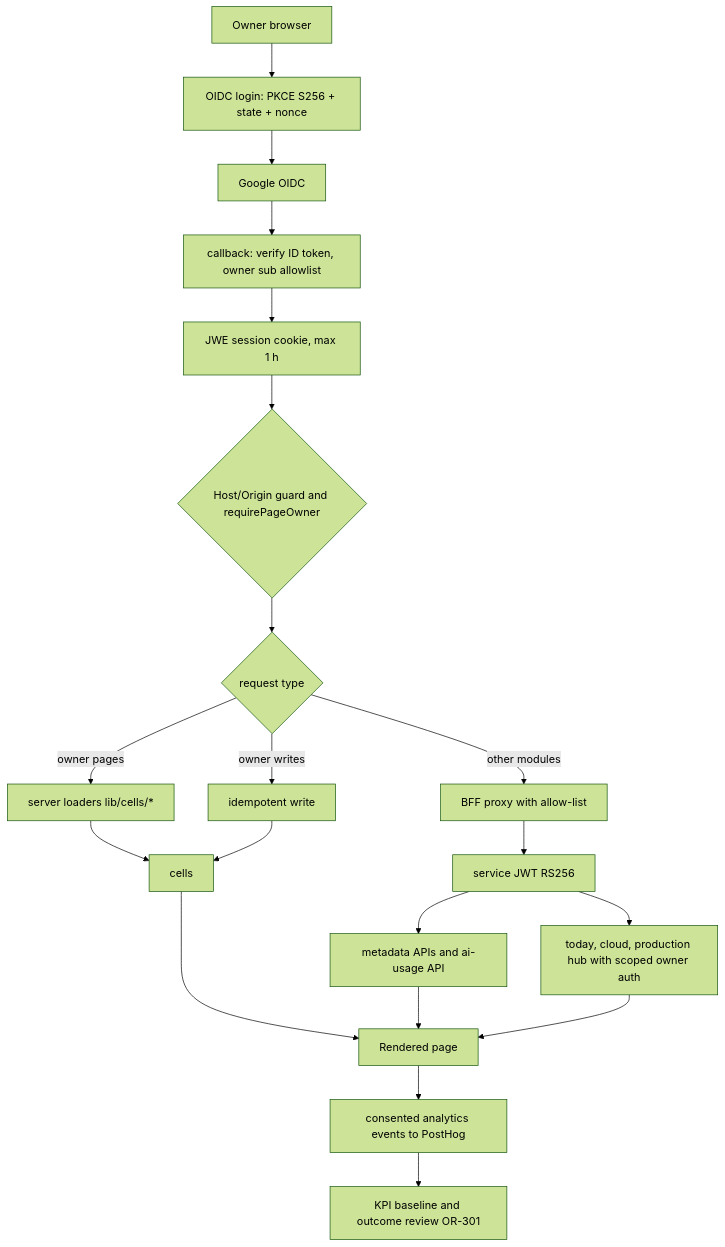
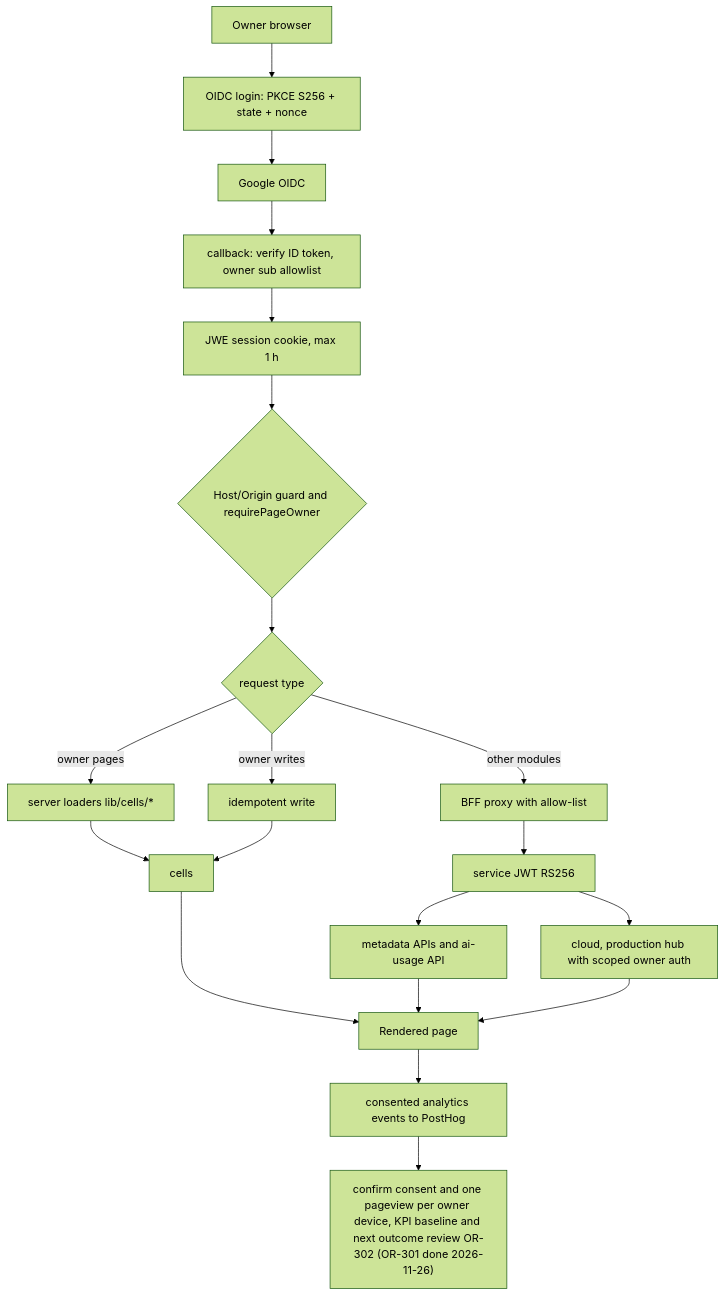
The second of 2 diagrams in docs/diagrams/01-business-process.md (bookchaowalit/life-dashboard-web), drawn with Mermaid (forest theme) before and after one commit. The commit also changed other lines of this file, not shown here.

Commit message:
docs: correct As-Is/To-Be facts from review (01-business-process)

````diff
--- a/docs/diagrams/01-business-process.md
+++ b/docs/diagrams/01-business-process.md
@@ -38,22 +39,22 @@
 ```mermaid
 flowchart TD
   OWNER["Owner browser"] --> LOGIN["OIDC login: PKCE S256 + state + nonce"]
   LOGIN --> IDP["Google OIDC"]
   IDP --> CB["callback: verify ID token, owner sub allowlist"]
   CB --> SESSION["JWE session cookie, max 1 h"]
   SESSION --> GUARD{"Host/Origin guard and requirePageOwner"}
   GUARD --> ROUTE{"request type"}
   ROUTE -->|"owner pages"| LOADERS["server loaders lib/cells/*"]
   ROUTE -->|"other modules"| PROXY["BFF proxy with allow-list"]
   ROUTE -->|"owner writes"| WRITE["idempotent write"]
   LOADERS --> CELLS["cells"]
   WRITE --> CELLS
   PROXY --> SVCJWT["service JWT RS256"]
   SVCJWT --> META["metadata APIs and ai-usage API"]
-  SVCJWT --> SCOPED["today, cloud, production hub with scoped owner auth"]
+  SVCJWT --> SCOPED["cloud, production hub with scoped owner auth"]
   CELLS --> PAGE["Rendered page"]
   META --> PAGE
   SCOPED --> PAGE
   PAGE --> EVENTS["consented analytics events to PostHog"]
-  EVENTS --> REVIEW["KPI baseline and outcome review OR-301"]
+  EVENTS --> REVIEW["confirm consent and one pageview per owner device, KPI baseline and next outcome review OR-302 (OR-301 done 2026-11-26)"]
 ```
````
